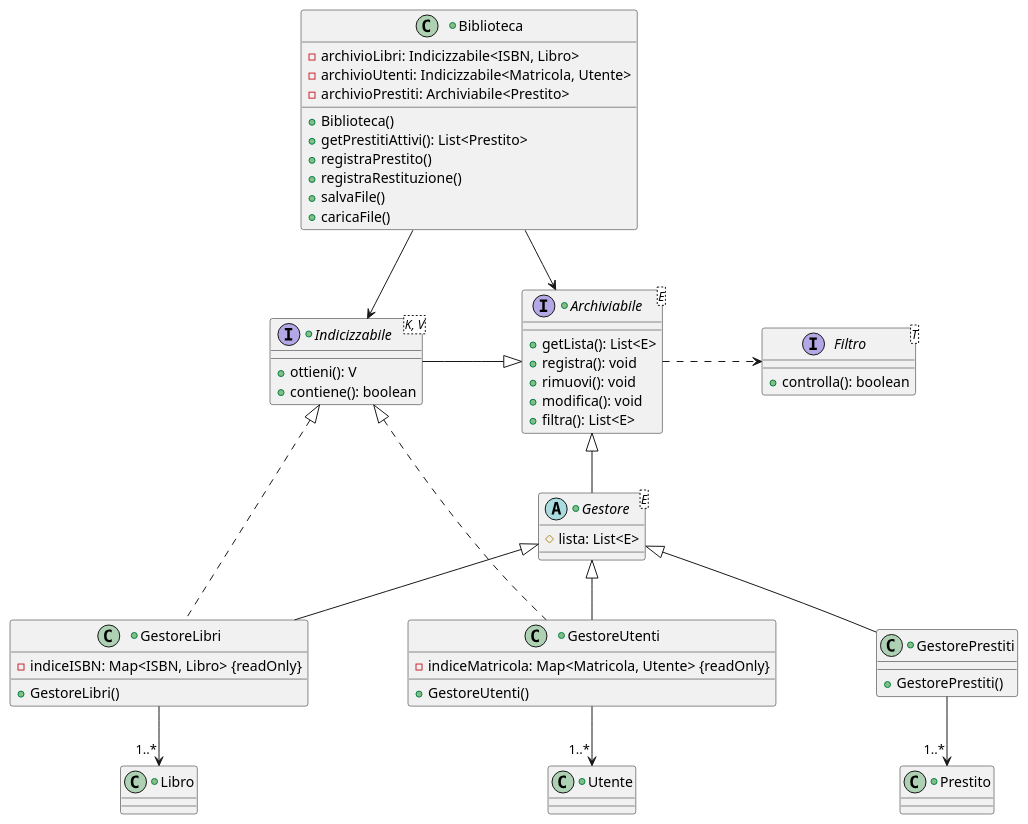
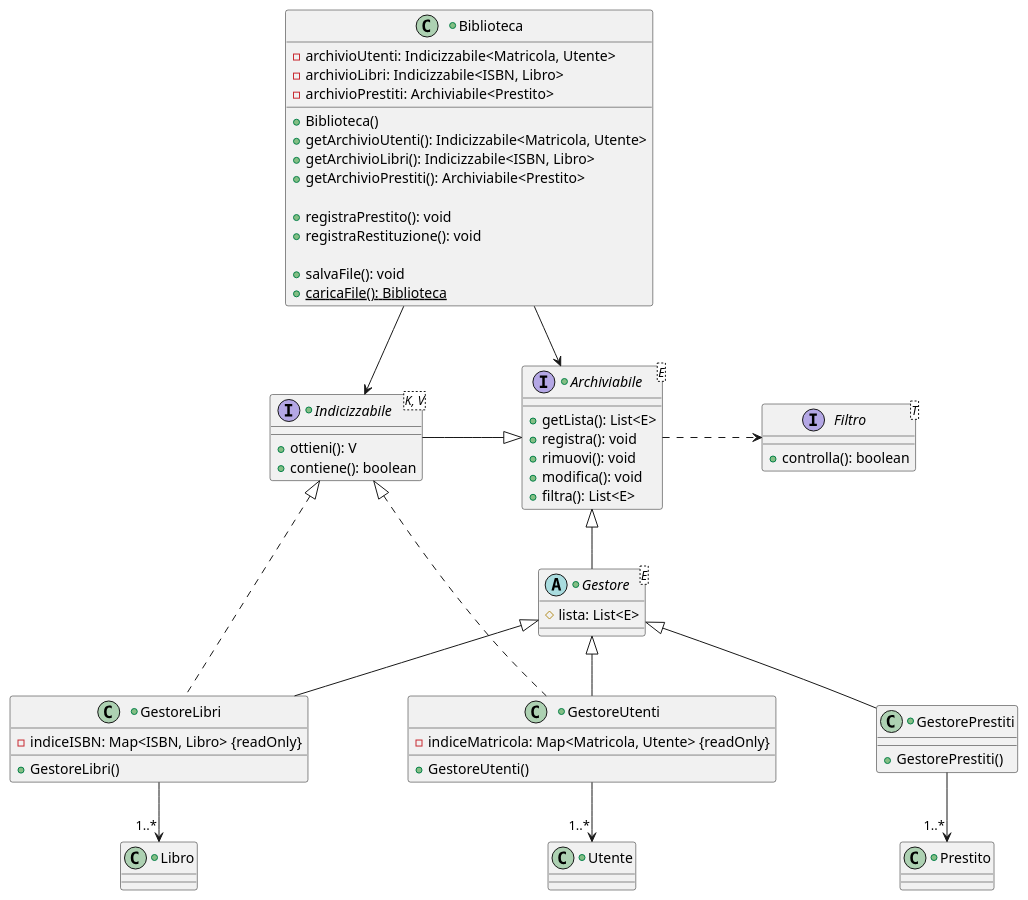
One commit to Meziu/easylibrary changed the diagram in docs/uml/classesGestori.puml. Above: the diagram before and after it, drawn with PlantUML. The commit also changed 5 other files, not shown here.

```diff
--- a/docs/uml/classesGestori.puml
+++ b/docs/uml/classesGestori.puml
@@ -1,87 +1,91 @@
 @startuml
 'skinparam classAttributeIconSize 0
 skinparam nodesep 100
 
 interface Filtro<T> {
     +controlla(): boolean
 }
 
 together {
     +interface Archiviabile<E> {
         +getLista(): List<E>
         +registra(): void
         +rimuovi(): void
         +modifica(): void
         +filtra(): List<E>
     }
 
     +interface Indicizzabile<K, V> {
         +ottieni(): V
         +contiene(): boolean
     }
 }
 
 +class Utente {
 }
 
 +class Libro{
 }
 
 +class Prestito{
 }
 
 
 +class Biblioteca {
+    -archivioUtenti: Indicizzabile<Matricola, Utente>
     -archivioLibri: Indicizzabile<ISBN, Libro>
-    -archivioUtenti: Indicizzabile<Matricola, Utente>
     -archivioPrestiti: Archiviabile<Prestito>
 
     +Biblioteca()
-    +getPrestitiAttivi(): List<Prestito>
-    +registraPrestito()
-    +registraRestituzione()
-    +salvaFile()
-    +caricaFile()
+    +getArchivioUtenti(): Indicizzabile<Matricola, Utente>
+    +getArchivioLibri(): Indicizzabile<ISBN, Libro>
+    +getArchivioPrestiti(): Archiviabile<Prestito>
+
+    +registraPrestito(): void
+    +registraRestituzione(): void
+
+    +salvaFile(): void
+    +caricaFile(): Biblioteca {static}
 }
 
 +abstract class Gestore<E> {
     #lista: List<E>
 }
 
 together {
     +class GestoreLibri extends Gestore {
 
         -indiceISBN: Map<ISBN, Libro> {readOnly}
 
         +GestoreLibri()
     }
 
 
     +class GestoreUtenti extends Gestore {
         -indiceMatricola: Map<Matricola, Utente> {readOnly}
 
         +GestoreUtenti()
     }
 
 
     +class GestorePrestiti extends Gestore {
 
         +GestorePrestiti()
     }
 }
 
 Gestore -up-|> Archiviabile
 
 Biblioteca --> Archiviabile
 Biblioteca --> Indicizzabile
 
 Indicizzabile -right-|> Archiviabile
 Archiviabile .right.> Filtro
 
 GestoreLibri .up.|> Indicizzabile
 GestoreUtenti .up.|> Indicizzabile
 
 GestoreUtenti --> "1..*" Utente
 GestoreLibri --> "1..*" Libro
 GestorePrestiti --> "1..*" Prestito
 @enduml
```
